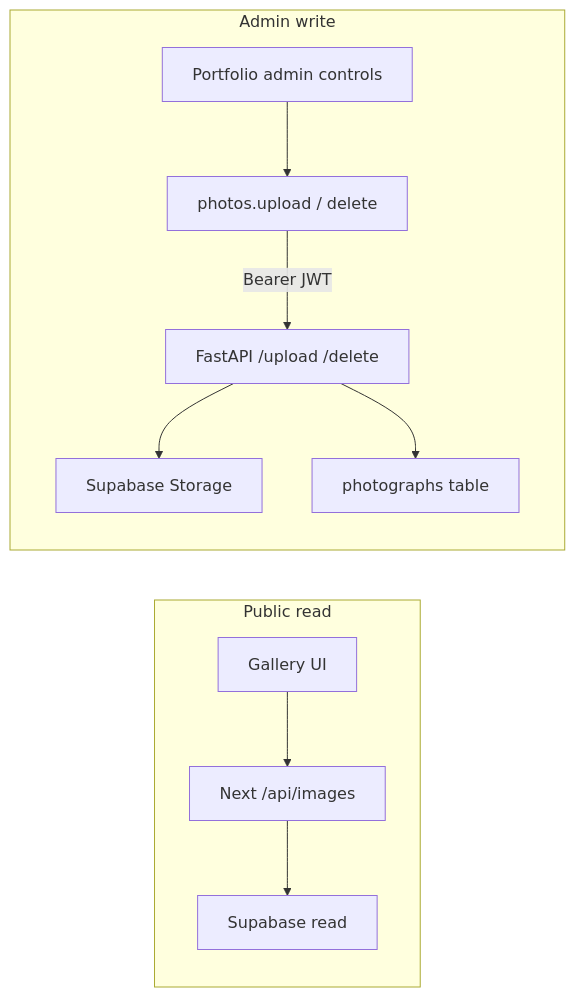
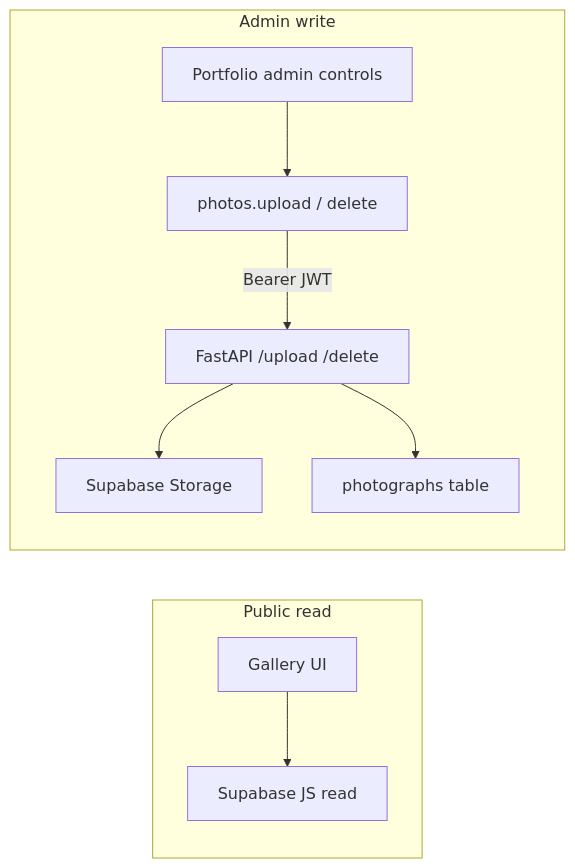
The diagram in docs/upload.md (Tydos/portfolio), drawn with Mermaid before and after one commit. The commit also changed other lines of this file and 118 other files, not shown here.

````diff
--- a/docs/upload.md
+++ b/docs/upload.md
@@ -10,14 +10,13 @@
 ```mermaid
 flowchart LR
   subgraph publicRead [Public read]
-    Gallery["Gallery UI"] --> NextImages["Next /api/images"]
-    NextImages --> SupabaseRead["Supabase read"]
+    Gallery["Gallery UI"] --> SupabaseRead["Supabase JS read"]
   end
 
   subgraph adminWrite [Admin write]
     AdminUI["Portfolio admin controls"] --> PhotosMut["photos.upload / delete"]
     PhotosMut -->|"Bearer JWT"| FastAPI["FastAPI /upload /delete"]
     FastAPI --> Storage["Supabase Storage"]
     FastAPI --> DB["photographs table"]
   end
 ```
````
